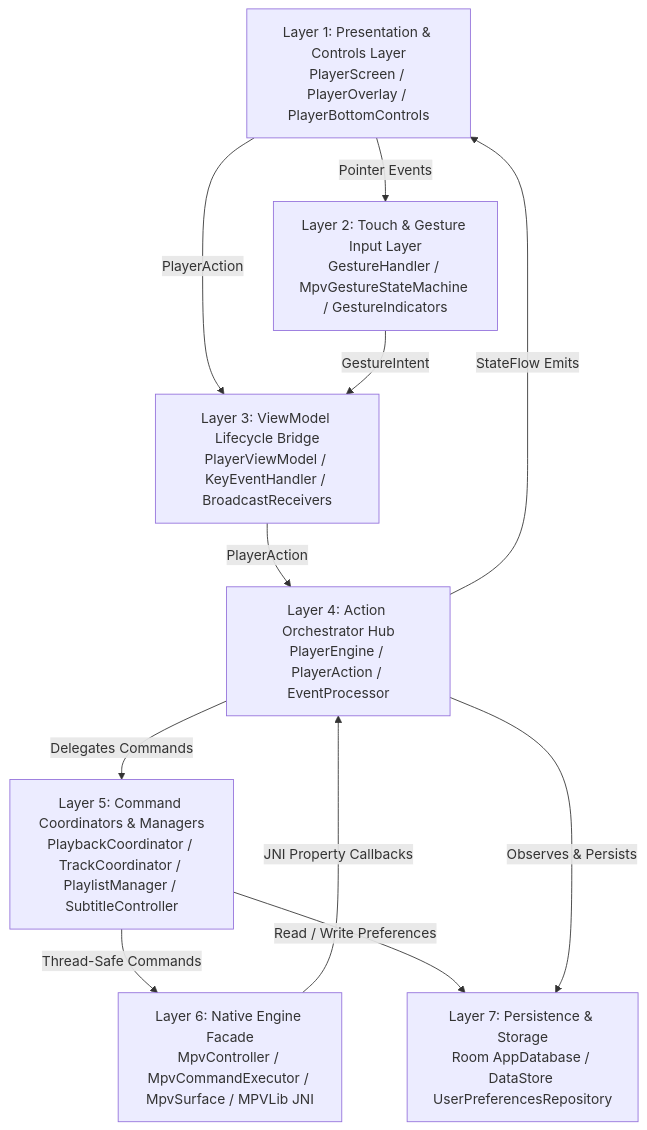
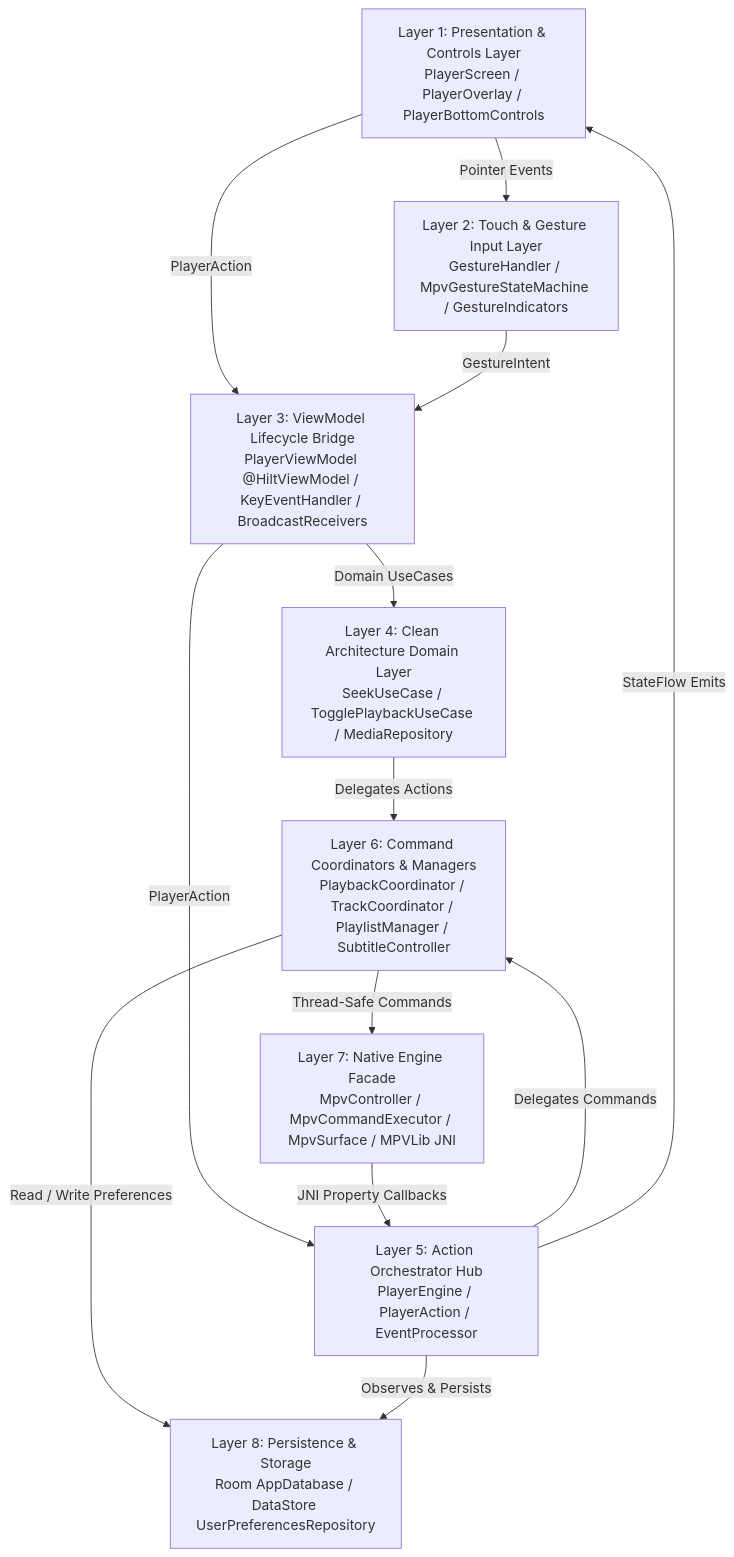
The first of 2 diagrams in map.md (tapman104/potato-diff-v3), drawn with Mermaid before and after one commit. The commit also changed other lines of this file and 3 other files, not shown here.

Commit message:
refactor: implement Hilt dependency injection, update project architecture documentation, and remove obsolete log analysis files.

````diff
--- a/map.md
+++ b/map.md
@@ -178,21 +210,24 @@
 ```mermaid
 graph TD
     UI[Layer 1: Presentation & Controls Layer<br>PlayerScreen / PlayerOverlay / PlayerBottomControls]
     GESTURE[Layer 2: Touch & Gesture Input Layer<br>GestureHandler / MpvGestureStateMachine / GestureIndicators]
-    VM[Layer 3: ViewModel Lifecycle Bridge<br>PlayerViewModel / KeyEventHandler / BroadcastReceivers]
-    ENGINE[Layer 4: Action Orchestrator Hub<br>PlayerEngine / PlayerAction / EventProcessor]
-    COORD[Layer 5: Command Coordinators & Managers<br>PlaybackCoordinator / TrackCoordinator / PlaylistManager / SubtitleController]
-    MPV[Layer 6: Native Engine Facade<br>MpvController / MpvCommandExecutor / MpvSurface / MPVLib JNI]
-    DB[Layer 7: Persistence & Storage<br>Room AppDatabase / DataStore UserPreferencesRepository]
+    VM[Layer 3: ViewModel Lifecycle Bridge<br>PlayerViewModel @HiltViewModel / KeyEventHandler / BroadcastReceivers]
+    DOMAIN[Layer 4: Clean Architecture Domain Layer<br>SeekUseCase / TogglePlaybackUseCase / MediaRepository]
+    ENGINE[Layer 5: Action Orchestrator Hub<br>PlayerEngine / PlayerAction / EventProcessor]
+    COORD[Layer 6: Command Coordinators & Managers<br>PlaybackCoordinator / TrackCoordinator / PlaylistManager / SubtitleController]
+    MPV[Layer 7: Native Engine Facade<br>MpvController / MpvCommandExecutor / MpvSurface / MPVLib JNI]
+    DB[Layer 8: Persistence & Storage<br>Room AppDatabase / DataStore UserPreferencesRepository]
 
     UI -->|PlayerAction| VM
     UI -->|Pointer Events| GESTURE
     GESTURE -->|GestureIntent| VM
+    VM -->|Domain UseCases| DOMAIN
     VM -->|PlayerAction| ENGINE
+    DOMAIN -->|Delegates Actions| COORD
     ENGINE -->|Delegates Commands| COORD
     COORD -->|Thread-Safe Commands| MPV
     COORD -->|Read / Write Preferences| DB
     ENGINE -->|Observes & Persists| DB
     MPV -->|JNI Property Callbacks| ENGINE
     ENGINE -->|StateFlow Emits| UI
 ```
````
